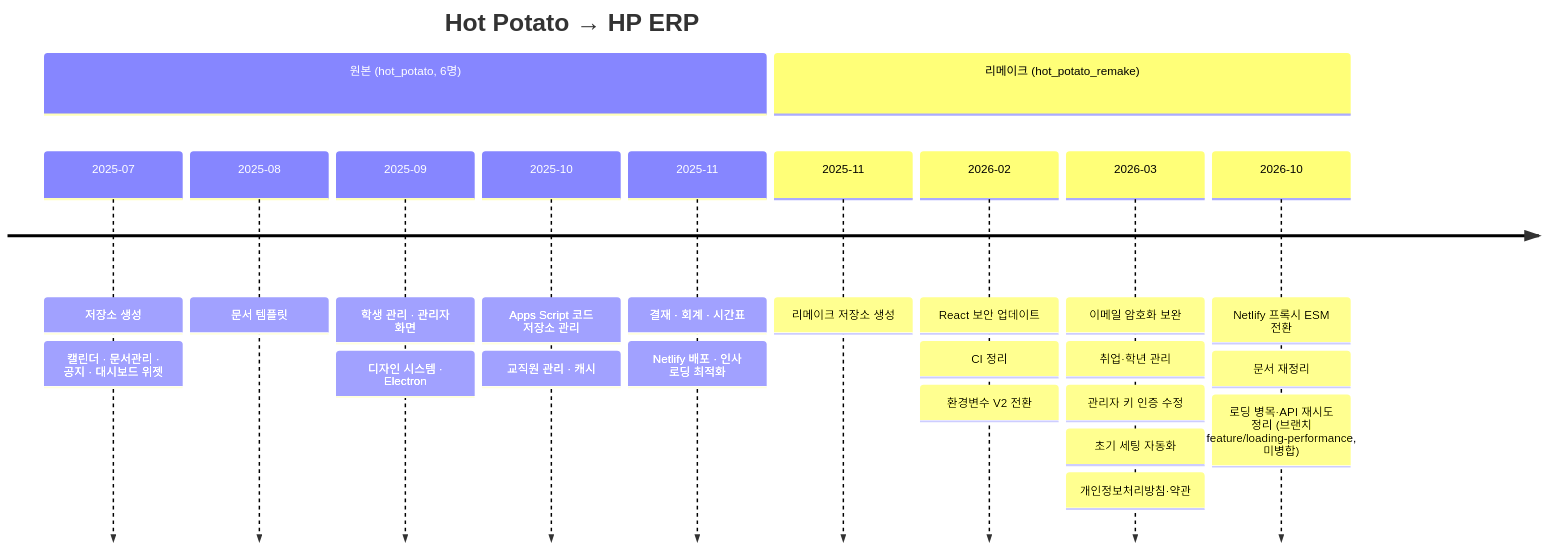
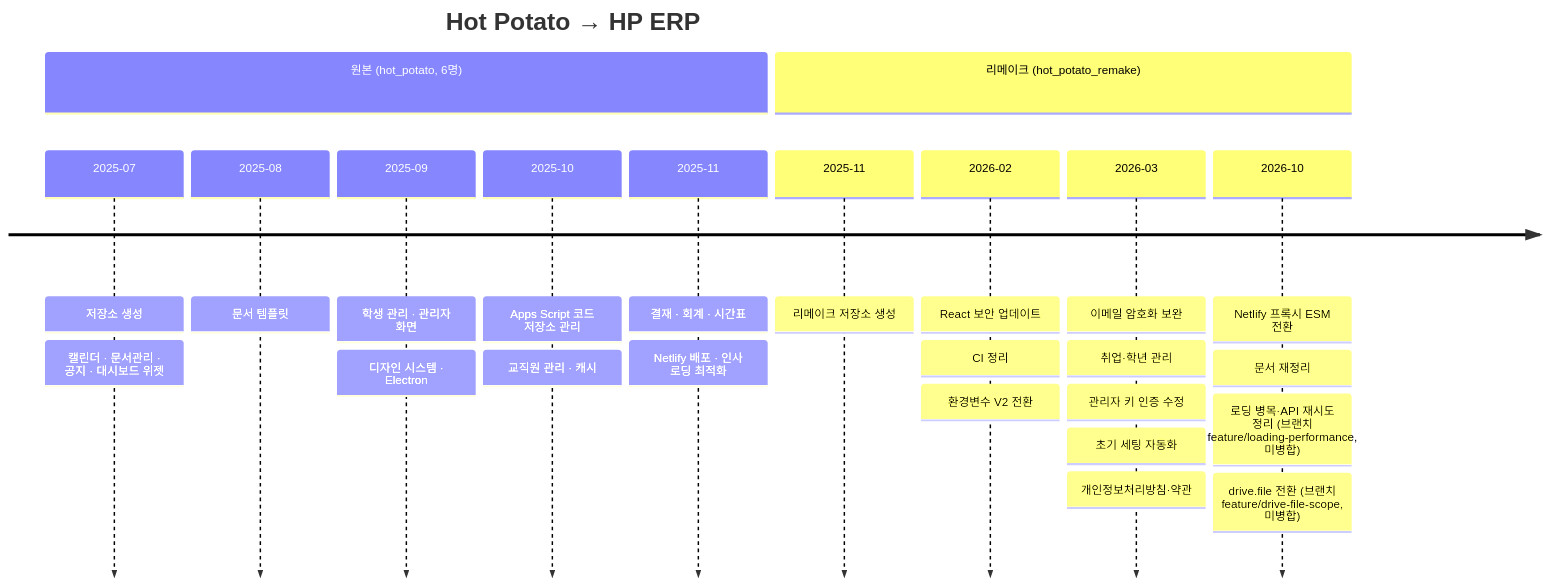
Before and after one commit to semicolon213/hot_potato_remake: the diagram in docs/STATUS.md, drawn with Mermaid. The commit also changed other lines of this file and 11 other files, not shown here.

````diff
--- a/docs/STATUS.md
+++ b/docs/STATUS.md
@@ -55,15 +57,15 @@
 ```mermaid
 timeline
     title Hot Potato → HP ERP
     section 원본 (hot_potato, 6명)
         2025-07 : 저장소 생성 : 캘린더 · 문서관리 · 공지 · 대시보드 위젯
         2025-08 : 문서 템플릿
         2025-09 : 학생 관리 · 관리자 화면 : 디자인 시스템 · Electron
         2025-10 : Apps Script 코드 저장소 관리 : 교직원 관리 · 캐시
         2025-11 : 결재 · 회계 · 시간표 : Netlify 배포 · 인사 로딩 최적화
     section 리메이크 (hot_potato_remake)
         2025-11 : 리메이크 저장소 생성
         2026-02 : React 보안 업데이트 : CI 정리 : 환경변수 V2 전환
         2026-03 : 이메일 암호화 보완 : 취업·학년 관리 : 관리자 키 인증 수정 : 초기 세팅 자동화 : 개인정보처리방침·약관
-        2026-10 : Netlify 프록시 ESM 전환 : 문서 재정리 : 로딩 병목·API 재시도 정리 (브랜치 feature/loading-performance, 미병합)
+        2026-10 : Netlify 프록시 ESM 전환 : 문서 재정리 : 로딩 병목·API 재시도 정리 (브랜치 feature/loading-performance, 미병합) : drive.file 전환 (브랜치 feature/drive-file-scope, 미병합)
 ```
````
